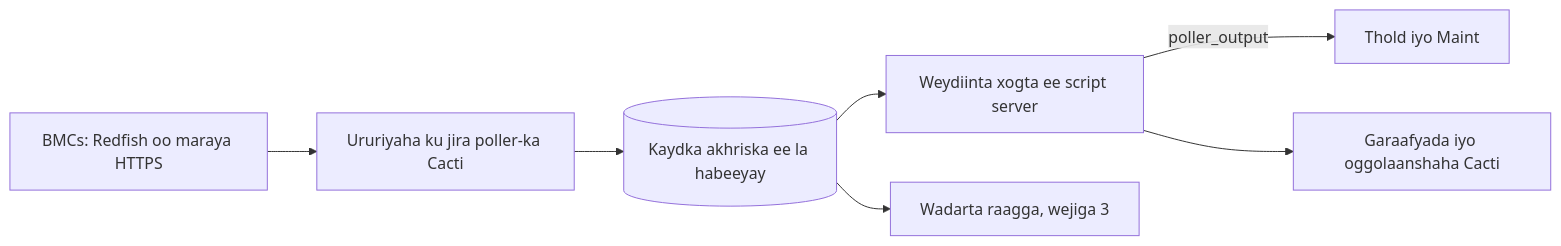
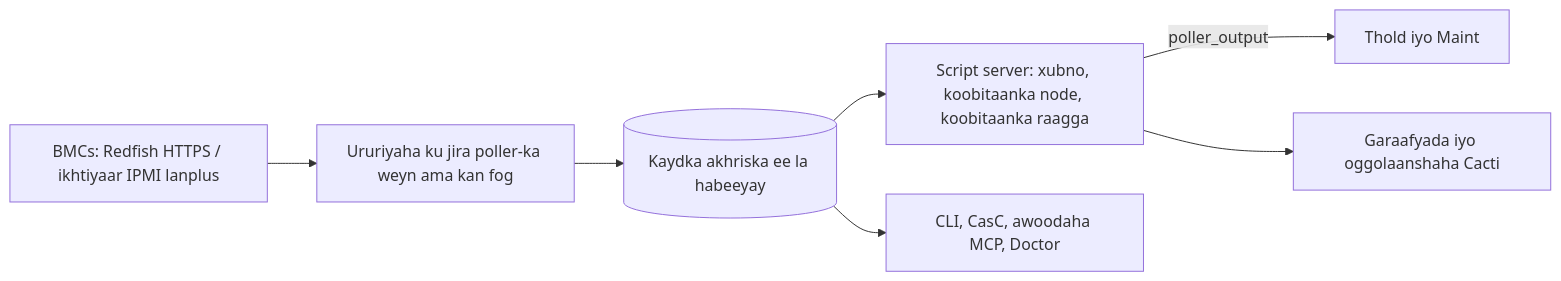
One commit to somethingwithproof/plugin_redfish changed the diagram in docs/i18n/so-SO/README.md. Above: the diagram before and after it, drawn with Mermaid. The commit also changed other lines of this file and 47 other files, not shown here.

````diff
--- a/docs/i18n/so-SO/README.md
+++ b/docs/i18n/so-SO/README.md
@@ -100,9 +140,9 @@
 ```mermaid
 flowchart LR
-    BMC["BMCs: Redfish oo maraya HTTPS"] --> C["Ururiyaha ku jira poller-ka Cacti"]
+    BMC["BMCs: Redfish HTTPS / ikhtiyaar IPMI lanplus"] --> C["Ururiyaha ku jira poller-ka weyn ama kan fog"]
     C --> CACHE[("Kaydka akhriska ee la habeeyay")]
-    CACHE --> SS["Weydiinta xogta ee script server"]
+    CACHE --> SS["Script server: xubno, koobitaanka node, koobitaanka raagga"]
     SS -->|poller_output| T["Thold iyo Maint"]
     SS --> G["Garaafyada iyo oggolaanshaha Cacti"]
-    CACHE --> R["Wadarta raagga, wejiga 3"]
+    CACHE --> ECO["CLI, CasC, awoodaha MCP, Doctor"]
 ```
````
